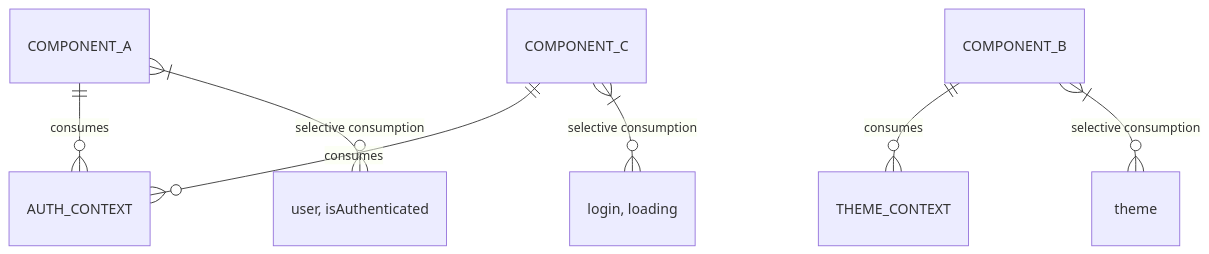
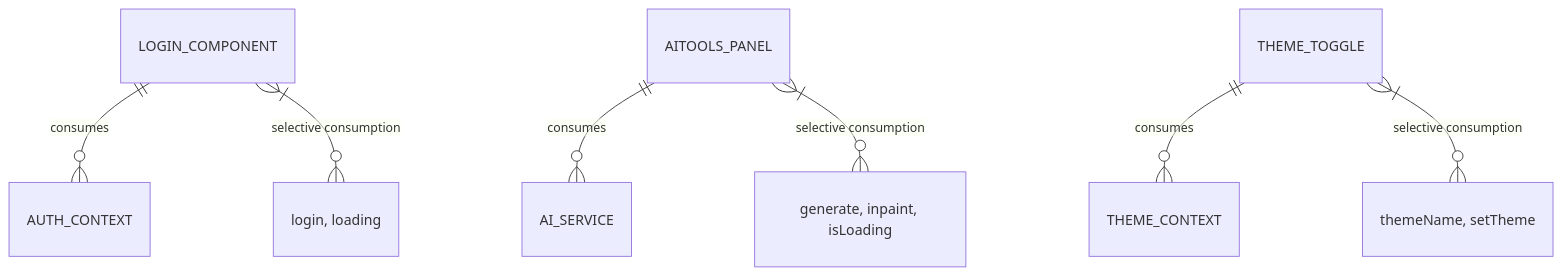
One commit to Brimstow/ThumPiks changed diagram 16 of 21 in .qoder/repowiki/en/content/Frontend Architecture/State Management.md. Above: the diagram before and after it, drawn with Mermaid. The commit also changed other lines of this file and 900 other files, not shown here.

````diff
--- a/.qoder/repowiki/en/content/Frontend Architecture/State Management.md
+++ b/.qoder/repowiki/en/content/Frontend Architecture/State Management.md
@@ -259,9 +419,9 @@
 ```mermaid
 erDiagram
-COMPONENT_A ||--o{ AUTH_CONTEXT : "consumes"
-COMPONENT_A }|--o{ "user, isAuthenticated" : "selective consumption"
-COMPONENT_B ||--o{ THEME_CONTEXT : "consumes"
-COMPONENT_B }|--o{ "theme" : "selective consumption"
-COMPONENT_C ||--o{ AUTH_CONTEXT : "consumes"
-COMPONENT_C }|--o{ "login, loading" : "selective consumption"
+LOGIN_COMPONENT ||--o{ AUTH_CONTEXT : "consumes"
+LOGIN_COMPONENT }|--o{ "login, loading" : "selective consumption"
+AITOOLS_PANEL ||--o{ AI_SERVICE : "consumes"
+AITOOLS_PANEL }|--o{ "generate, inpaint, isLoading" : "selective consumption"
+THEME_TOGGLE ||--o{ THEME_CONTEXT : "consumes"
+THEME_TOGGLE }|--o{ "themeName, setTheme" : "selective consumption"
 ```
````
